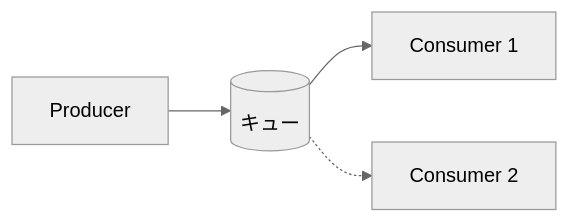
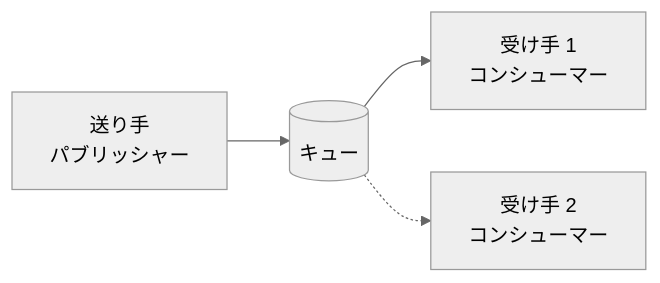
One commit to t-inoue0214/starter-web-async changed the first of 4 diagrams in chapters/15-what-is-pubsub.md. Above: the diagram before and after it, drawn with Mermaid (neutral theme). The commit also changed other lines of this file and 96 other files, not shown here.

````diff
--- a/chapters/15-what-is-pubsub.md
+++ b/chapters/15-what-is-pubsub.md
@@ -34,6 +34,6 @@
 ```mermaid
 flowchart LR
-    P[Producer] --> Q[(キュー)]
-    Q --> C1[Consumer 1]
-    Q -.-> C2[Consumer 2]
+    P[送り手<br>パブリッシャー] --> Q[(キュー)]
+    Q --> C1[受け手 1<br>コンシューマー]
+    Q -.-> C2[受け手 2<br>コンシューマー]
 ```
````
